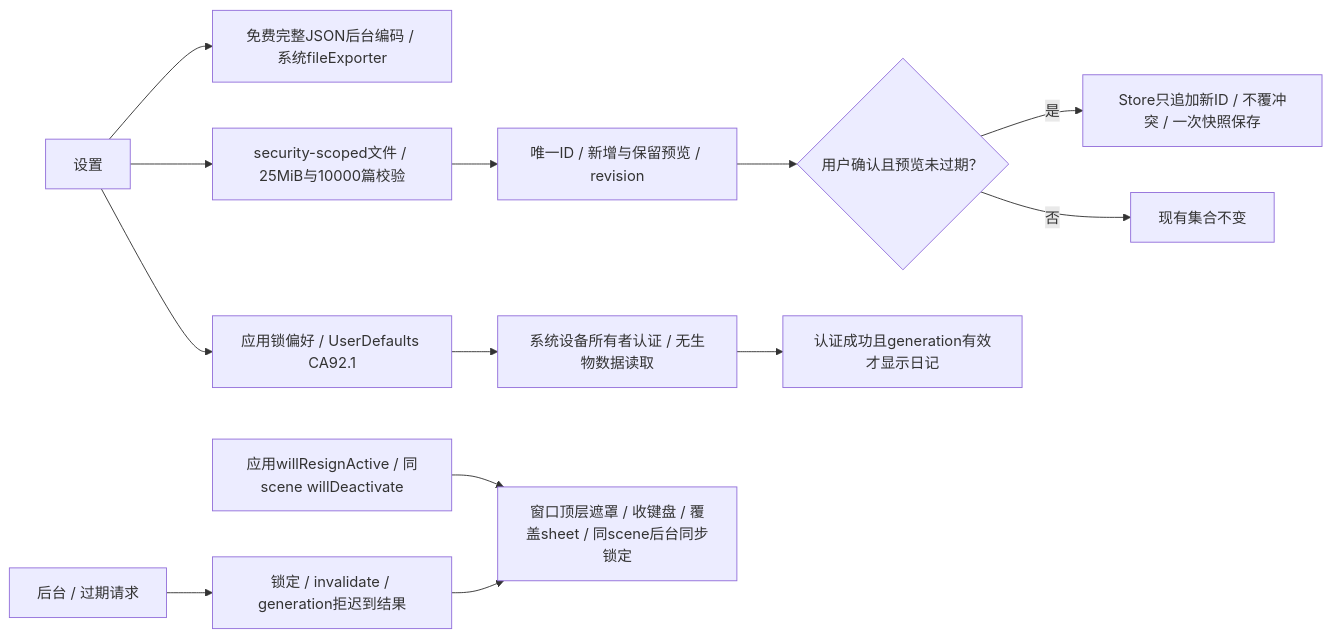
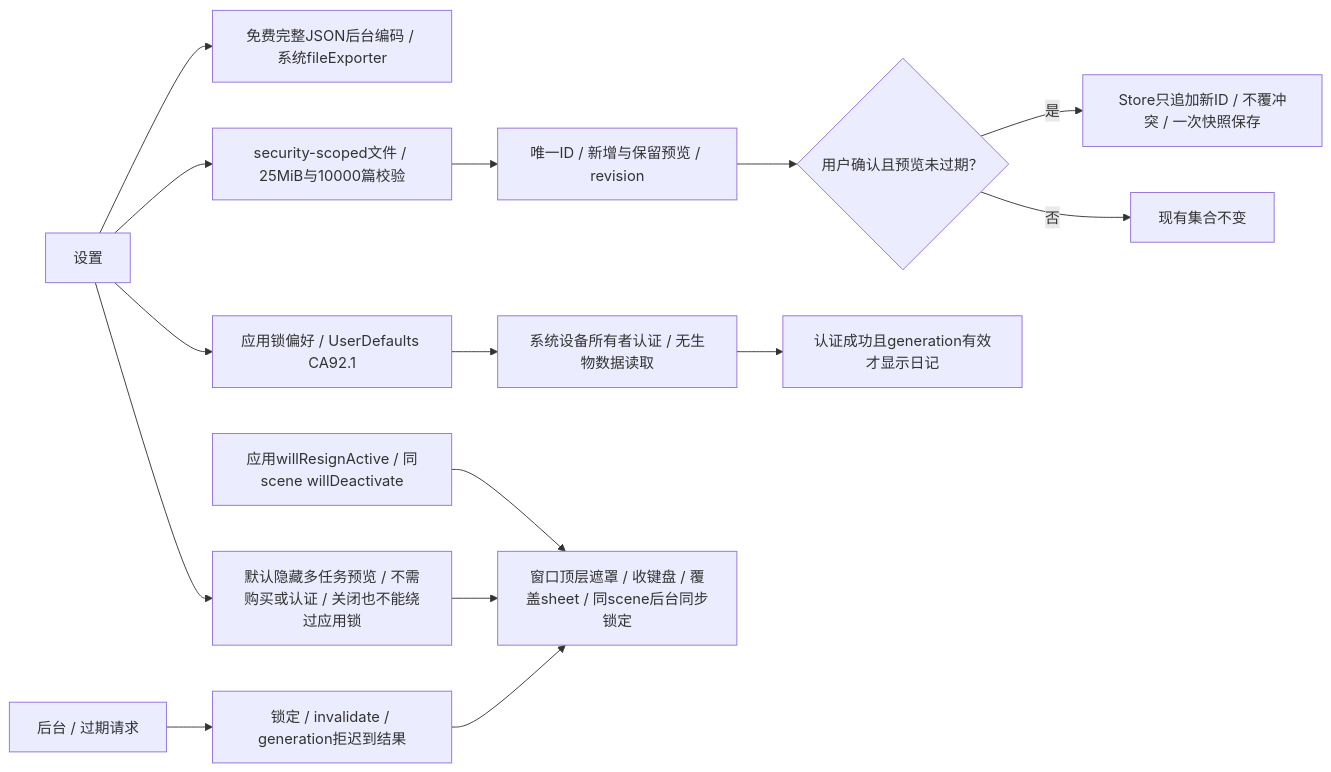
One commit to Altman-sam114/117 changed the second of 4 diagrams in md/flow/flowchart.md. Above: the diagram before and after it, drawn with Mermaid. The commit also changed other lines of this file and 30 other files, not shown here.

````diff
--- a/md/flow/flowchart.md
+++ b/md/flow/flowchart.md
@@ -33,15 +35,17 @@
 ```mermaid
 flowchart LR
   Settings["设置"] --> Export["免费完整JSON后台编码 / 系统fileExporter"]
   Settings --> Import["security-scoped文件 / 25MiB与10000篇校验"]
   Import --> Preview["唯一ID / 新增与保留预览 / revision"]
   Preview --> Confirm{"用户确认且预览未过期？"}
   Confirm -- "是" --> Store["Store只追加新ID / 不覆冲突 / 一次快照保存"]
   Confirm -- "否" --> Keep["现有集合不变"]
   Settings --> Lock["应用锁偏好 / UserDefaults CA92.1"]
   Lock --> LA["系统设备所有者认证 / 无生物数据读取"]
   Background["后台 / 过期请求"] --> Generation["锁定 / invalidate / generation拒迟到结果"]
   Inactive["应用willResignActive / 同scene willDeactivate"] --> Shield["窗口顶层遮罩 / 收键盘 / 覆盖sheet / 同scene后台同步锁定"]
+  Settings --> PreviewPrivacy["默认隐藏多任务预览 / 不需购买或认证 / 关闭也不能绕过应用锁"]
+  PreviewPrivacy --> Shield
   LA --> Active["认证成功且generation有效才显示日记"]
   Generation --> Shield
 ```
````
